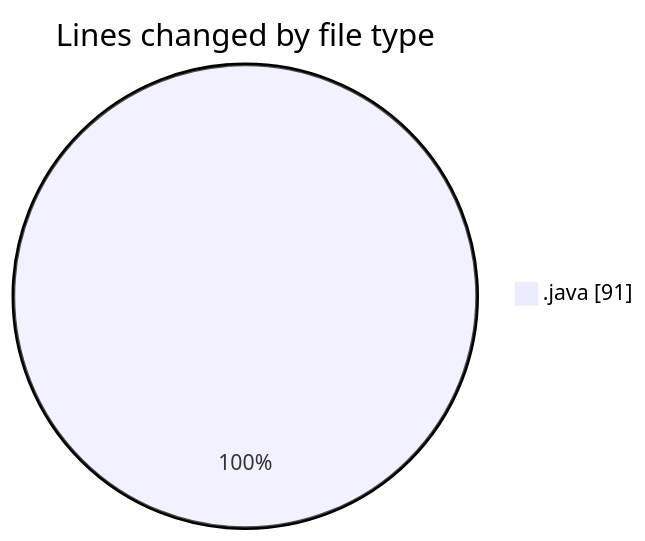
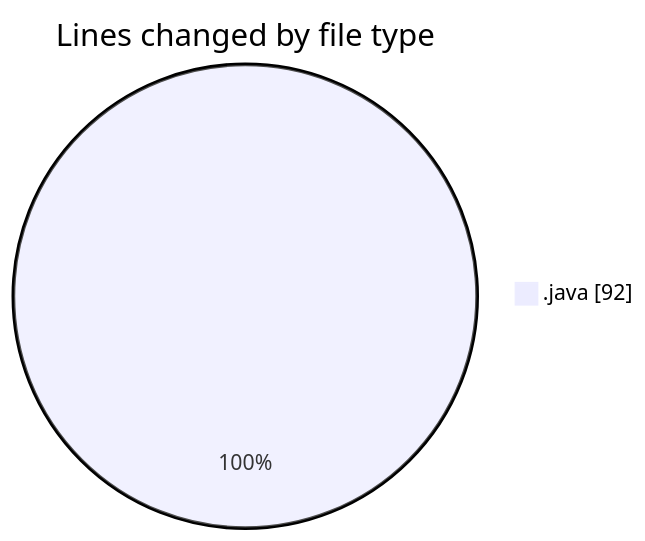
Before and after one commit to NitaiMahat/code-tracking: the first of 2 diagrams in 2025-02-10/classwork/README.md, drawn with Mermaid. The commit also changed other lines of this file and 1 other file, not shown here.

````diff
--- a/2025-02-10/classwork/README.md
+++ b/2025-02-10/classwork/README.md
@@ -23,5 +23,5 @@
 ```mermaid
 pie showData
 title Lines changed by file type
-".java" : 91
+".java" : 92
 ```
````
